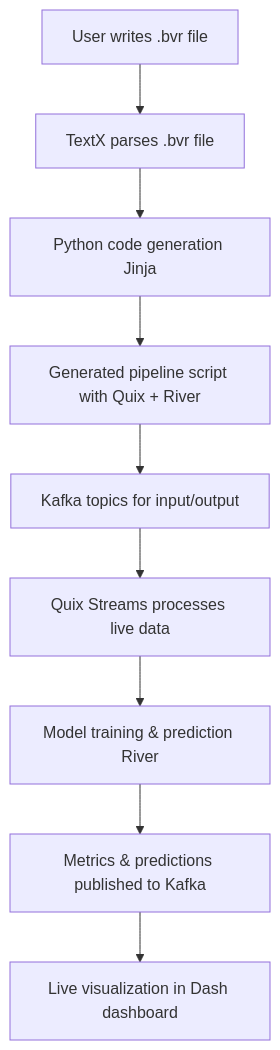
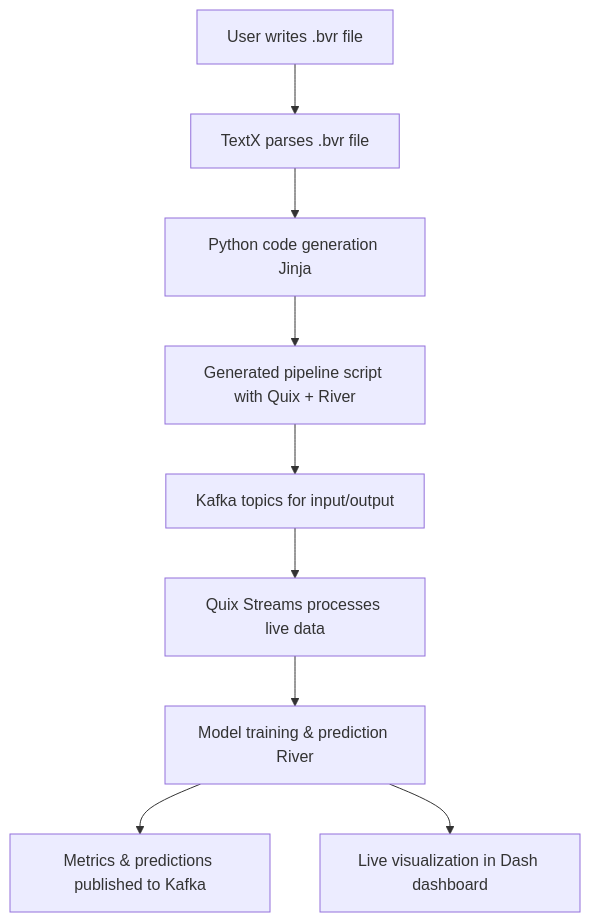
Before and after one commit to deepblue597/beaver: the diagram in README.md, drawn with Mermaid.

Commit message:
Update mermaid

````diff
--- a/README.md
+++ b/README.md
@@ -91,11 +91,11 @@
 ```mermaid
 graph TD
     A[User writes .bvr file] --> B[TextX parses .bvr file]
     B --> C[Python code generation Jinja]
     C --> D[Generated pipeline script with Quix + River]
     D --> E[Kafka topics for input/output]
     E --> F[Quix Streams processes live data]
     F --> G[Model training & prediction River]
     G --> H[Metrics & predictions published to Kafka]
-    H --> I[Live visualization in Dash dashboard]
+    G --> I[Live visualization in Dash dashboard]
 ```
````
